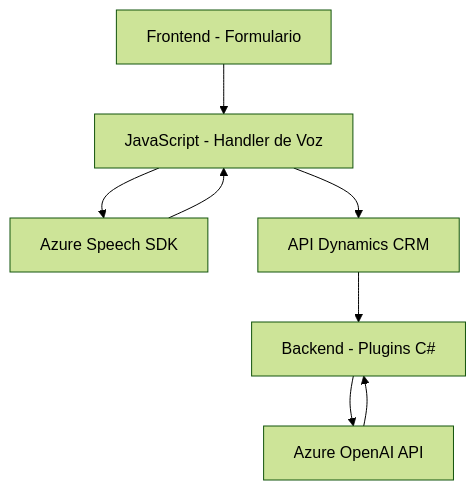
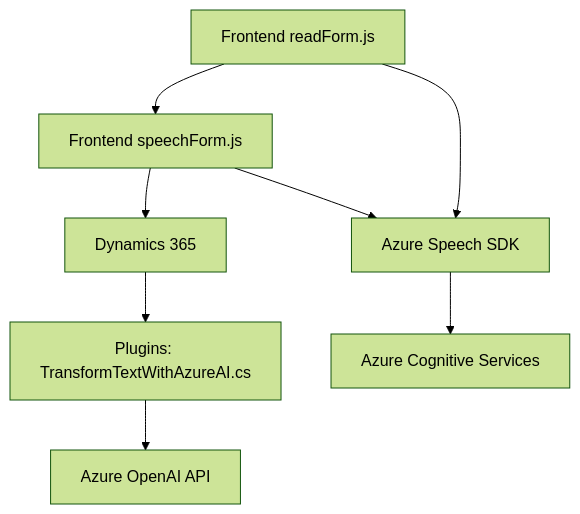
Before and after one commit to blopezdm/NETCORE_BILBAO2025: the diagram in README.md, drawn with Mermaid (forest theme). The commit also changed other lines of this file, not shown here.

````diff
--- a/README.md
+++ b/README.md
@@ -46,17 +35,10 @@
 ```mermaid
 graph TD
-    A["Frontend - Formulario"]
-    B["JavaScript - Handler de Voz"]
-    C["Azure Speech SDK"]
-    D["API Dynamics CRM"]
-    E["Backend - Plugins C#"]
-    F["Azure OpenAI API"]
-    
-    A --> B
-    B --> C
-    B --> D
-    C --> B
-    D --> E
-    E --> F
-    F --> E
+    A["Frontend readForm.js"] --> B["Frontend speechForm.js"]
+    B --> C["Dynamics 365"]
+    C --> D["Plugins: TransformTextWithAzureAI.cs"]
+    D --> E["Azure OpenAI API"]
+    A --> F["Azure Speech SDK"]
+    B --> F
+    F --> G["Azure Cognitive Services"]
 ```
````
